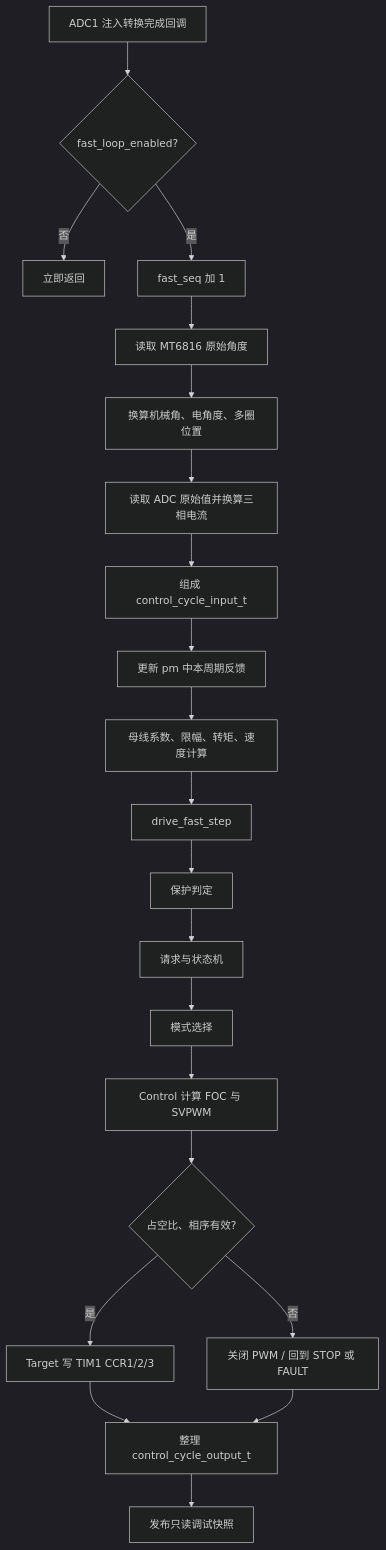
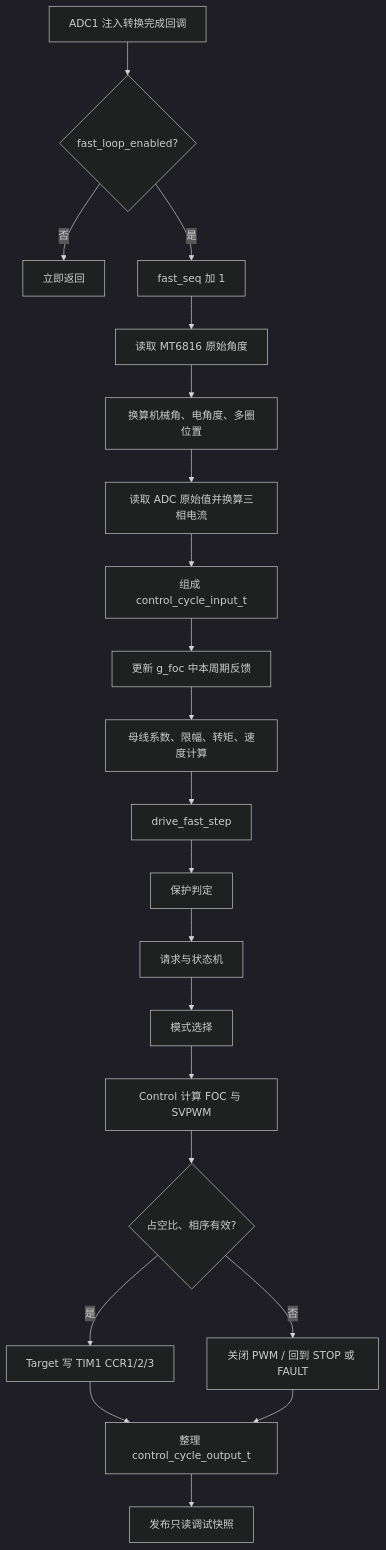
Before and after one commit to HHHyuan111/AxDr_L: the third of 8 diagrams in 文档/架构重构/08_完整代码框架状态机与算法详解.md, drawn with Mermaid (dark theme). The commit also changed other lines of this file and 56 other files, not shown here.

````diff
--- a/文档/架构重构/08_完整代码框架状态机与算法详解.md
+++ b/文档/架构重构/08_完整代码框架状态机与算法详解.md
@@ -225,23 +226,23 @@
 ```mermaid
 flowchart TD
     IRQ[ADC1 注入转换完成回调] --> ENABLE{fast_loop_enabled?}
     ENABLE -- 否 --> RET[立即返回]
     ENABLE -- 是 --> SEQ[fast_seq 加 1]
     SEQ --> ENC[读取 MT6816 原始角度]
     ENC --> POS[换算机械角、电角度、多圈位置]
     POS --> ADC[读取 ADC 原始值并换算三相电流]
     ADC --> INPUT[组成 control_cycle_input_t]
-    INPUT --> FB[更新 pm 中本周期反馈]
+    INPUT --> FB[更新 g_foc 中本周期反馈]
     FB --> CALC_FB[母线系数、限幅、转矩、速度计算]
     CALC_FB --> DRIVE[drive_fast_step]
     DRIVE --> PROTECT[保护判定]
     PROTECT --> STATE[请求与状态机]
     STATE --> MODE[模式选择]
     MODE --> CTRL[Control 计算 FOC 与 SVPWM]
     CTRL --> VALID{占空比、相序有效?}
     VALID -- 是 --> PWM[Target 写 TIM1 CCR1/2/3]
     VALID -- 否 --> OFF[关闭 PWM / 回到 STOP 或 FAULT]
     PWM --> OUTPUT[整理 control_cycle_output_t]
     OFF --> OUTPUT
     OUTPUT --> SNAP[发布只读调试快照]
 ```
````
